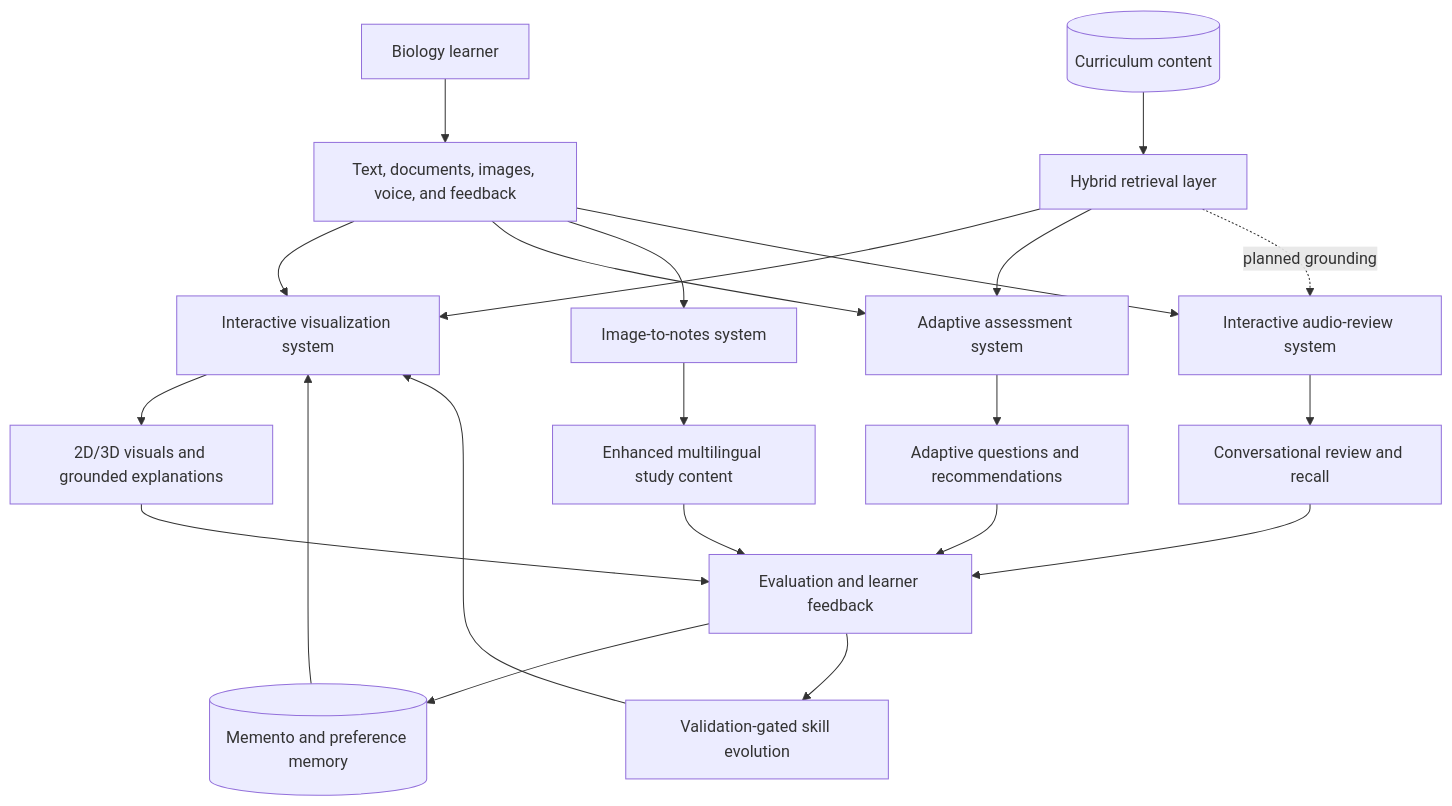
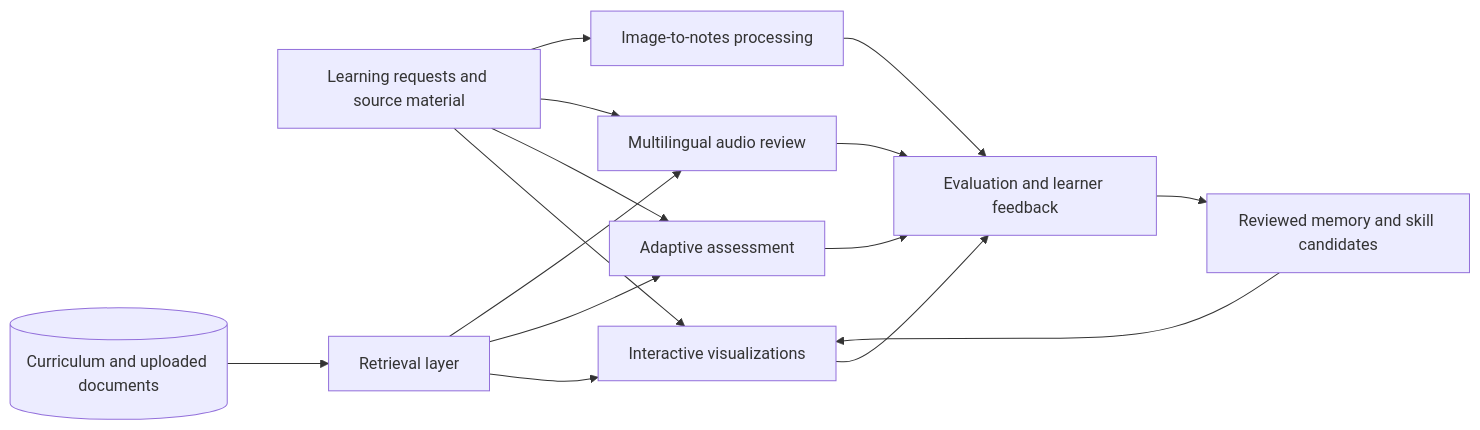
One commit to R26-SE-041/R26-SE-041 changed the diagram in README.md. Above: the diagram before and after it, drawn with Mermaid. The commit also changed other lines of this file and 9 other files, not shown here.

````diff
--- a/README.md
+++ b/README.md
@@ -71,29 +22,17 @@
 ```mermaid
-flowchart TB
-    L[Biology learner] --> I[Text, documents, images, voice, and feedback]
-
-    I --> V[Interactive visualization system]
-    I --> Q[Adaptive assessment system]
-    I --> N[Image-to-notes system]
-    I --> A[Interactive audio-review system]
-
-    C[(Curriculum content)] --> R[Hybrid retrieval layer]
-    R --> V
-    R --> Q
-    R -. planned grounding .-> A
-
-    V --> VO[2D/3D visuals and grounded explanations]
-    Q --> QO[Adaptive questions and recommendations]
-    N --> NO[Enhanced multilingual study content]
-    A --> AO[Conversational review and recall]
-
-    VO --> F[Evaluation and learner feedback]
-    QO --> F
-    NO --> F
-    AO --> F
-
-    F --> M[(Memento and preference memory)]
-    F --> S[Validation-gated skill evolution]
-    M --> V
-    S --> V
+flowchart LR
+    Learner[Learning requests and source material] --> Visual[Interactive visualizations]
+    Learner --> Assessment[Adaptive assessment]
+    Learner --> Audio[Multilingual audio review]
+    Learner --> Notes[Image-to-notes processing]
+    Curriculum[(Curriculum and uploaded documents)] --> Retrieval[Retrieval layer]
+    Retrieval --> Visual
+    Retrieval --> Assessment
+    Retrieval --> Audio
+    Visual --> Feedback[Evaluation and learner feedback]
+    Assessment --> Feedback
+    Audio --> Feedback
+    Notes --> Feedback
+    Feedback --> Memory[Reviewed memory and skill candidates]
+    Memory --> Visual
 ```
````
